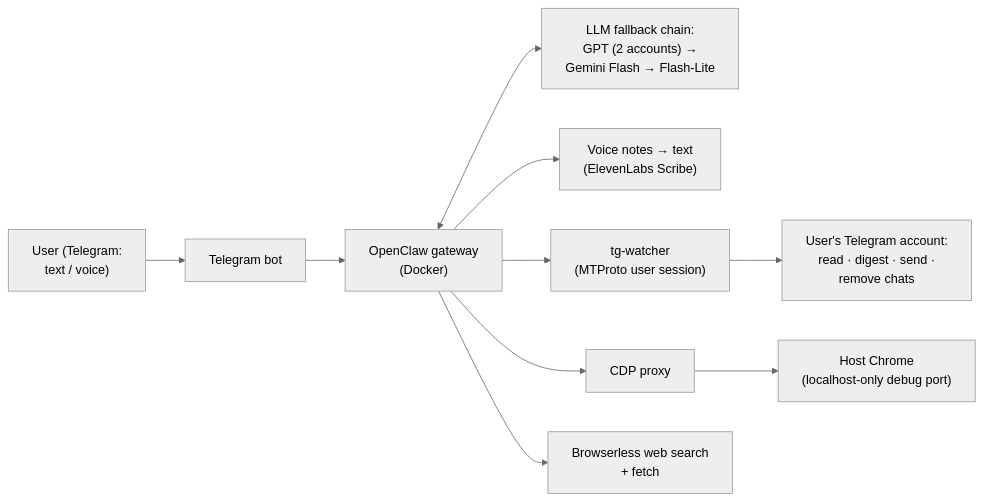
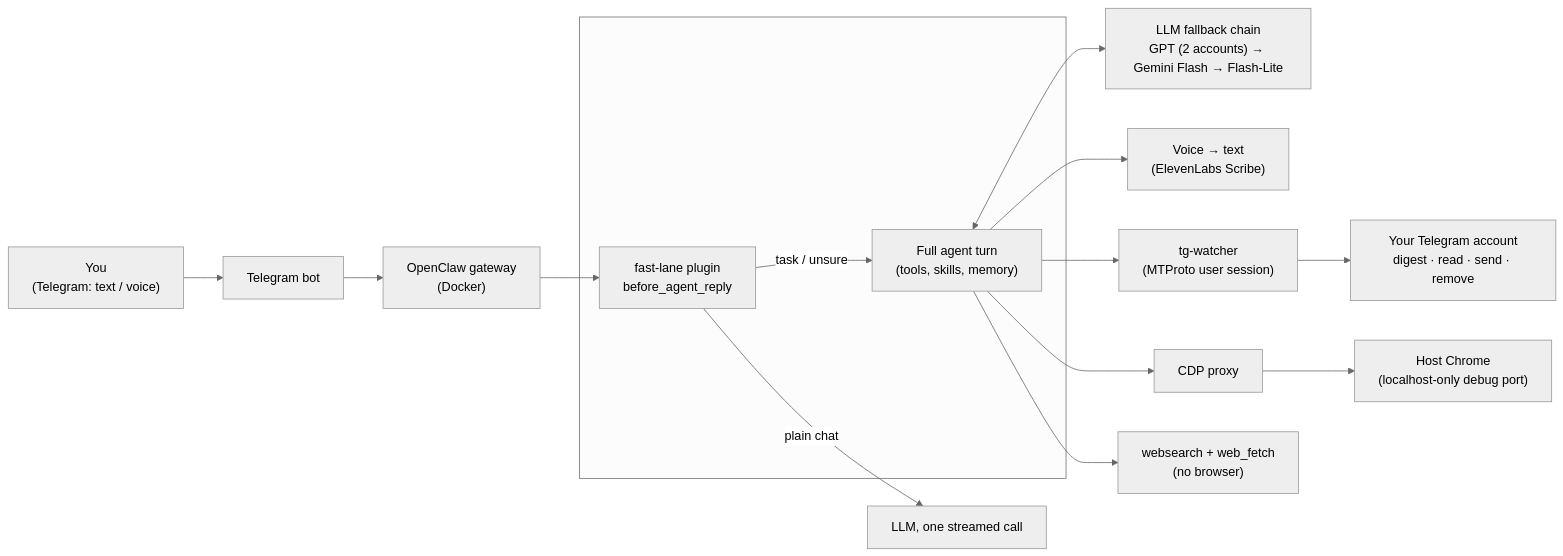
One commit to artikovozodbek/openclaw-telegram-assistant changed the first of 2 diagrams in README.md. Above: the diagram before and after it, drawn with Mermaid (neutral theme). The commit also changed other lines of this file and 1 other file, not shown here.

Commit message:
Rewrite README: banner, demo, capabilities, architecture and request lifecycle, measured performance, safety design, limitations

````diff
--- a/README.md
+++ b/README.md
@@ -20,11 +66,20 @@
 ```mermaid
 flowchart LR
-  ME["User (Telegram:<br/>text / voice)"] --> BOT["Telegram bot"]
+  U["You<br/>(Telegram: text / voice)"] --> BOT["Telegram bot"]
   BOT --> GW["OpenClaw gateway<br/>(Docker)"]
-  GW <--> LLM["LLM fallback chain:<br/>GPT (2 accounts) →<br/>Gemini Flash → Flash-Lite"]
-  GW --> STT["Voice notes → text<br/>(ElevenLabs Scribe)"]
-  GW --> TGW["tg-watcher<br/>(MTProto user session)"]
-  TGW --> TG["User's Telegram account:<br/>read · digest · send ·<br/>remove chats"]
-  GW --> CDP["CDP proxy"] --> CHROME["Host Chrome<br/>(localhost-only debug port)"]
-  GW --> WEB["Browserless web search<br/>+ fetch"]
+
+  subgraph GW_INNER[" "]
+    FL["fast-lane plugin<br/>before_agent_reply"]
+    AG["Full agent turn<br/>(tools, skills, memory)"]
+  end
+  GW --> FL
+  FL -- "plain chat" --> LLM1["LLM, one streamed call"]
+  FL -- "task / unsure" --> AG
+
+  AG <--> LLM["LLM fallback chain<br/>GPT (2 accounts) → Gemini Flash → Flash-Lite"]
+  AG --> STT["Voice → text<br/>(ElevenLabs Scribe)"]
+  AG --> TGW["tg-watcher<br/>(MTProto user session)"]
+  TGW --> TG["Your Telegram account<br/>digest · read · send · remove"]
+  AG --> CDP["CDP proxy"] --> CHROME["Host Chrome<br/>(localhost-only debug port)"]
+  AG --> WEB["websearch + web_fetch<br/>(no browser)"]
 ```
````
